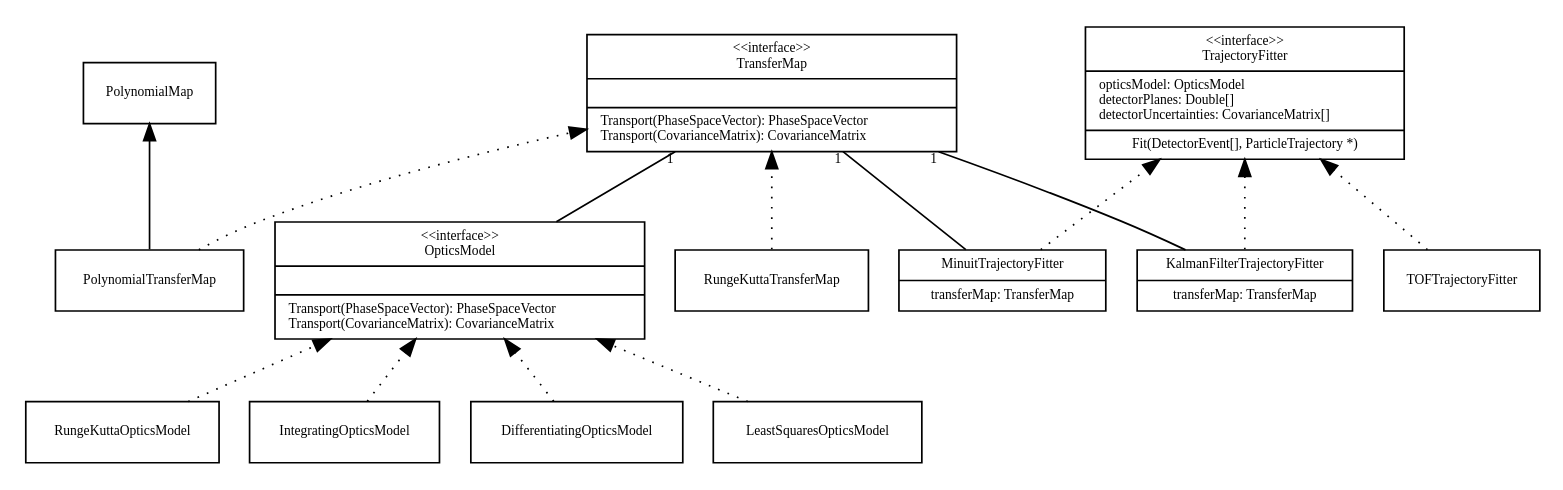
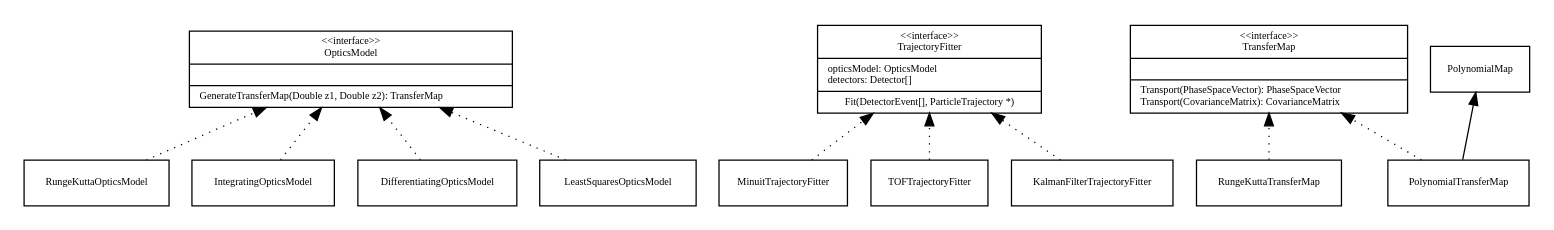
One commit to mice-software/maus changed the diagram in doc/doc_src/reconstruction/class_hierarchy_interfaces.dot. Above: the diagram before and after it, drawn with Graphviz. The commit also changed 13 other files, not shown here.

Commit message:
Removed DetectorEvent (consolodated with ParticleTrack). Cleaned up reconstruction class hierarchy documentation.

```diff
--- a/doc/doc_src/reconstruction/class_hierarchy_interfaces.dot
+++ b/doc/doc_src/reconstruction/class_hierarchy_interfaces.dot
@@ -1,98 +1,88 @@
 digraph G {
   fontname = "Bitstream Vera Sans"
   fontsize = 10
   size = "8.5 11"
 
   rankdir = "BT"
 
   node [
     fontname = "Bitstream Vera Sans"
     fontsize = 8
     shape = "record"
   ]
 
   edge [
     fontname = "Bitstream Vera Sans"
     fontsize = 8
   ]
 
   OpticsModel [
-    label = "{\<\<interface\>\>\n\N||Transport(PhaseSpaceVector): PhaseSpaceVector\lTransport(CovarianceMatrix): CovarianceMatrix\l}"
+    label = "{\<\<interface\>\>\n\N||GenerateTransferMap(Double z1, Double z2): TransferMap\l}"
   ]
 
   TrajectoryFitter [
-    label = "{\<\<interface\>\>\n\N|opticsModel: OpticsModel\ldetectorPlanes: Double[]\ldetectorUncertainties: CovarianceMatrix[]\l|Fit(DetectorEvent[], ParticleTrajectory *)}"
+    label = "{\<\<interface\>\>\n\N|opticsModel: OpticsModel\ldetectors: Detector[]\l|Fit(DetectorEvent[], ParticleTrajectory *)}"
   ]
 
   RungeKuttaOpticsModel [
   ]
 
   IntegratingOpticsModel [
-  ]
- 
-  TrajectoryFitter [
-    label = "{\<\<interface\>\>\n\N|opticsModel: OpticsModel\ldetectorPlanes: Double[]\ldetectorUncertainties: CovarianceMatrix[]\l|Fit(DetectorEvent[], ParticleTrajectory *)}"
   ]
 
   DifferentiatingOpticsModel [
   ]
 
   LeastSquaresOpticsModel [
   ]
 
   TransferMap [
     label = "{\<\<interface\>\>\n\N||Transport(PhaseSpaceVector): PhaseSpaceVector\lTransport(CovarianceMatrix): CovarianceMatrix\l}"
     pos = "10,50"
   ]
 
   PolynomialMap [
   ]
 
   PolynomialTransferMap [
   ]
 
   RungeKuttaTransferMap [
   ]
 
   MinuitTrajectoryFitter [
-    label = "{\N|transferMap: TransferMap}"
   ]
 
   TOFTrajectoryFitter [
   ]
 
   KalmanFilterTrajectoryFitter [
-    label = "{\N|transferMap: TransferMap}"
   ]
 
   edge [
     style = "solid"
   ]
 
   PolynomialTransferMap -> PolynomialMap
 
   edge [
     style = "dotted"
   ]
 
   RungeKuttaOpticsModel -> OpticsModel
   IntegratingOpticsModel -> OpticsModel
   DifferentiatingOpticsModel -> OpticsModel
   LeastSquaresOpticsModel -> OpticsModel
   PolynomialTransferMap -> TransferMap
   RungeKuttaTransferMap -> TransferMap
   MinuitTrajectoryFitter -> TrajectoryFitter
   TOFTrajectoryFitter -> TrajectoryFitter
   KalmanFilterTrajectoryFitter -> TrajectoryFitter
 
   edge [
     style = "solid"
     arrowhead = "none"
 
     headlabel = "1"
   ]
-
-  OpticsModel -> TransferMap
-  MinuitTrajectoryFitter -> TransferMap
-  KalmanFilterTrajectoryFitter -> TransferMap
 }
```
